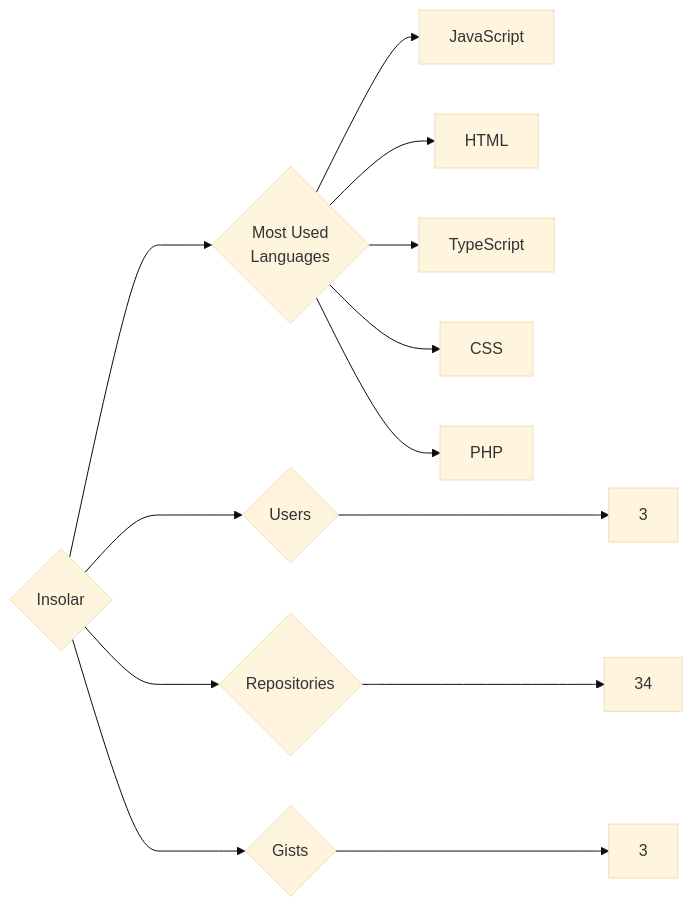
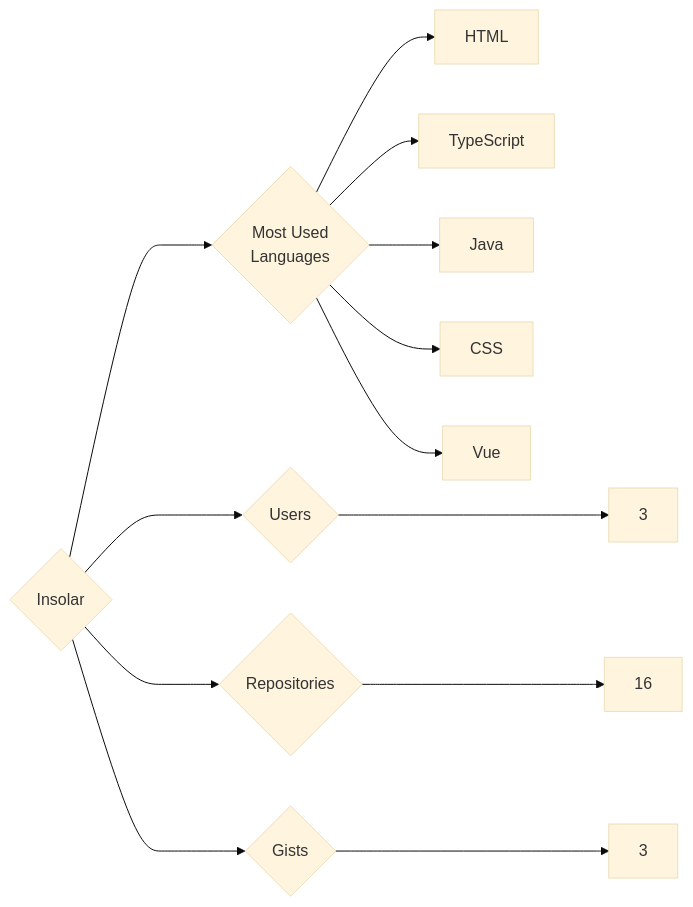
Before and after one commit to trickest/insiders: the diagram in targets/Insolar/README.md, drawn with Mermaid (base theme). The commit also changed 912 other files, not shown here.

````diff
--- a/targets/Insolar/README.md
+++ b/targets/Insolar/README.md
@@ -3,13 +3,13 @@
 ```mermaid
 graph LR
 COMPANY_NAME{Insolar}
 COMPANY_NAME ---> U{Users} ---> UN[3]
-COMPANY_NAME ---> R{Repositories} ---> RN[34]
+COMPANY_NAME ---> R{Repositories} ---> RN[16]
 COMPANY_NAME ---> G{Gists} ---> GN[3]
 COMPANY_NAME ---> ML{Most Used<br>Languages}
-ML --> JavaScript[JavaScript]
 ML --> HTML[HTML]
 ML --> TypeScript[TypeScript]
+ML --> Java[Java]
 ML --> CSS[CSS]
-ML --> PHP[PHP]
+ML --> Vue[Vue]
 ```
````
